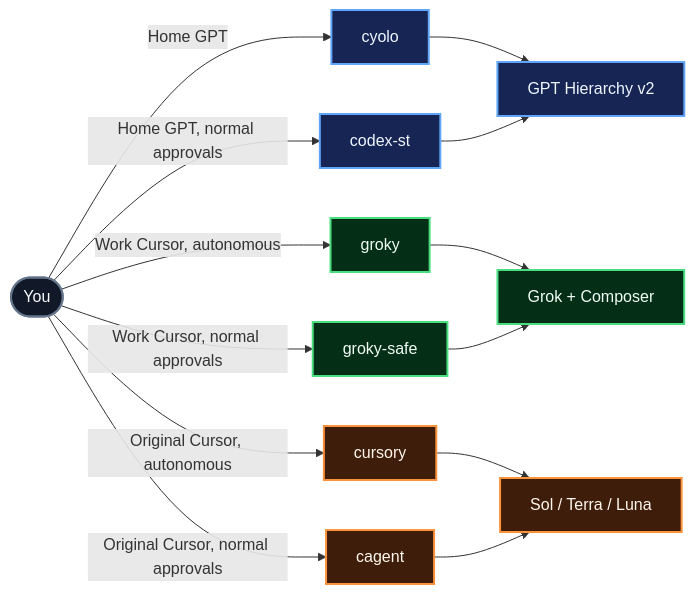
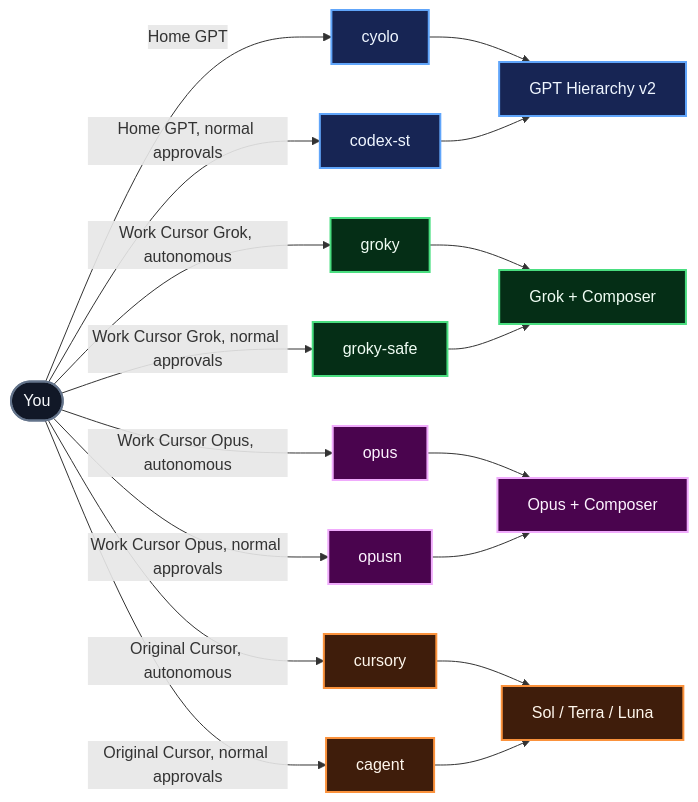
The first of 6 diagrams in README.md (Mahdi451/ai-cli-dotfiles), drawn with Mermaid before and after one commit. The commit also changed other lines of this file and 3 other files, not shown here.

Commit message:
Document the Opus hierarchy consistently: diagrams, OPUS.md, prompt, and workflow isolation.

````diff
--- a/README.md
+++ b/README.md
@@ -18,27 +18,33 @@
 ```mermaid
 flowchart LR
     U([You])
 
     U -->|Home GPT| CYOLO[cyolo]
     U -->|Home GPT, normal approvals| CST[codex-st]
-    U -->|Work Cursor, autonomous| GROKY[groky]
-    U -->|Work Cursor, normal approvals| GSAFE[groky-safe]
+    U -->|Work Cursor Grok, autonomous| GROKY[groky]
+    U -->|Work Cursor Grok, normal approvals| GSAFE[groky-safe]
+    U -->|Work Cursor Opus, autonomous| OPUS[opus]
+    U -->|Work Cursor Opus, normal approvals| OPUSN[opusn]
     U -->|Original Cursor, autonomous| CURSORY[cursory]
     U -->|Original Cursor, normal approvals| CAGENT[cagent]
 
     CYOLO --> CODEX[GPT Hierarchy v2]
     CST --> CODEX
     GROKY --> CG[Grok + Composer]
     GSAFE --> CG
+    OPUS --> OC[Opus + Composer]
+    OPUSN --> OC
     CURSORY --> STL[Sol / Terra / Luna]
     CAGENT --> STL
 
     classDef user fill:#111827,stroke:#64748b,color:#f8fafc,stroke-width:2px;
     classDef gpt fill:#172554,stroke:#60a5fa,color:#eff6ff,stroke-width:2px;
     classDef grok fill:#052e16,stroke:#4ade80,color:#f0fdf4,stroke-width:2px;
+    classDef opus fill:#4a044e,stroke:#f0abfc,color:#fdf4ff,stroke-width:2px;
     classDef cursor fill:#3f1d0b,stroke:#fb923c,color:#fff7ed,stroke-width:2px;
     class U user;
     class CYOLO,CST,CODEX gpt;
     class GROKY,GSAFE,CG grok;
+    class OPUS,OPUSN,OC opus;
     class CURSORY,CAGENT,STL cursor;
 ```
````
